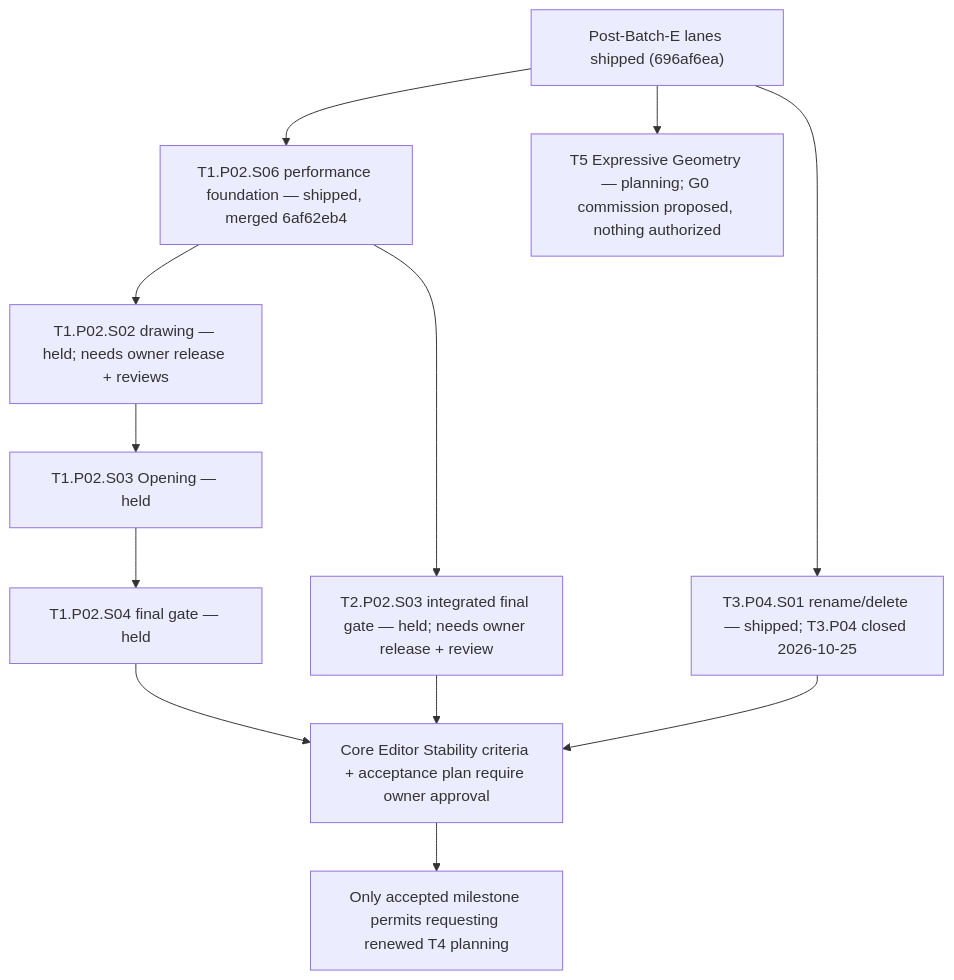
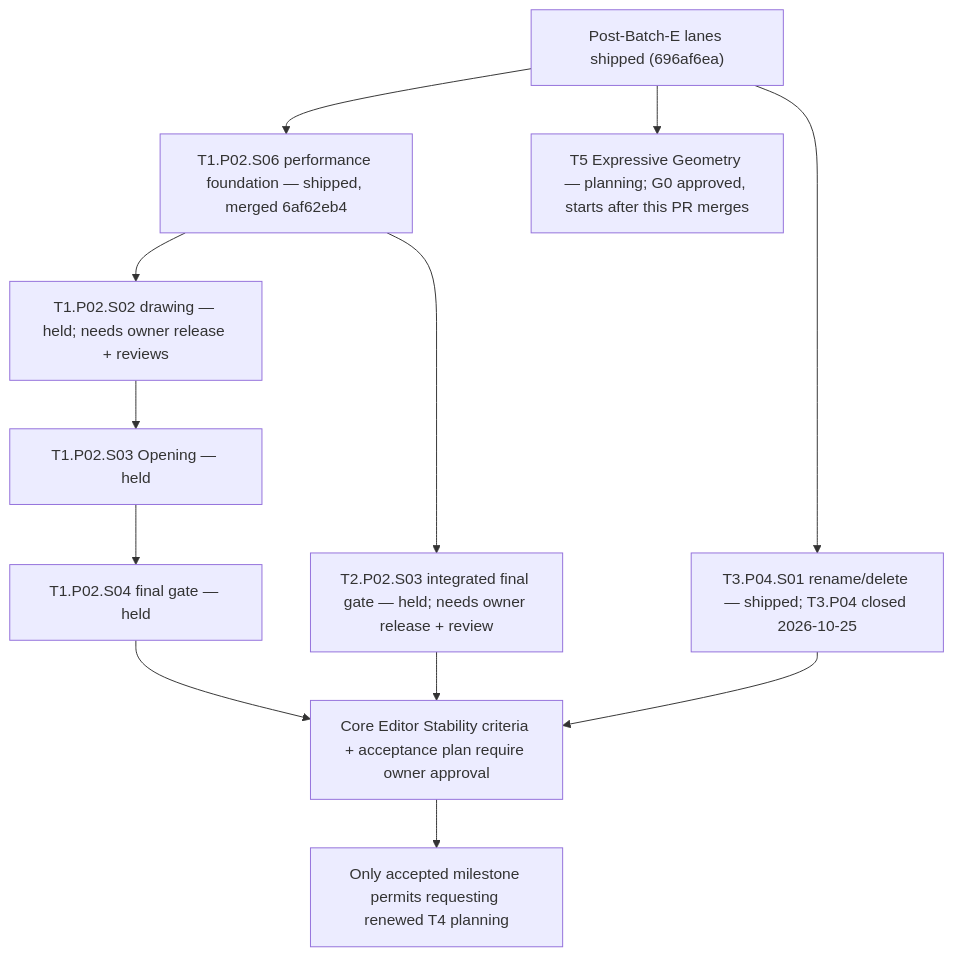
The diagram in docs/roadmap/cross-track-execution.md (Biskiq/spatial-sketch-editor), drawn with Mermaid before and after one commit. The commit also changed other lines of this file and 4 other files, not shown here.

First line of the commit message:
docs(roadmap): record the T5 G0 approval and its product direction

````diff
--- a/docs/roadmap/cross-track-execution.md
+++ b/docs/roadmap/cross-track-execution.md
@@ -79,15 +81,15 @@
 ```mermaid
 flowchart TD
   B["Post-Batch-E lanes shipped (696af6ea)"]
   B --> P["T1.P02.S06 performance foundation — shipped, merged 6af62eb4"]
   P --> D["T1.P02.S02 drawing — held; needs owner release + reviews"]
   D --> O["T1.P02.S03 Opening — held"]
   O --> F["T1.P02.S04 final gate — held"]
   P --> IF["T2.P02.S03 integrated final gate — held; needs owner release + review"]
   B --> C["T3.P04.S01 rename/delete — shipped; T3.P04 closed 2026-10-25"]
-  B --> T5["T5 Expressive Geometry — planning; G0 commission proposed, nothing authorized"]
+  B --> T5["T5 Expressive Geometry — planning; G0 approved, starts after this PR merges"]
   F --> CES["Core Editor Stability criteria + acceptance plan require owner approval"]
   IF --> CES
   C --> CES
   CES --> T4["Only accepted milestone permits requesting renewed T4 planning"]
 ```
````
